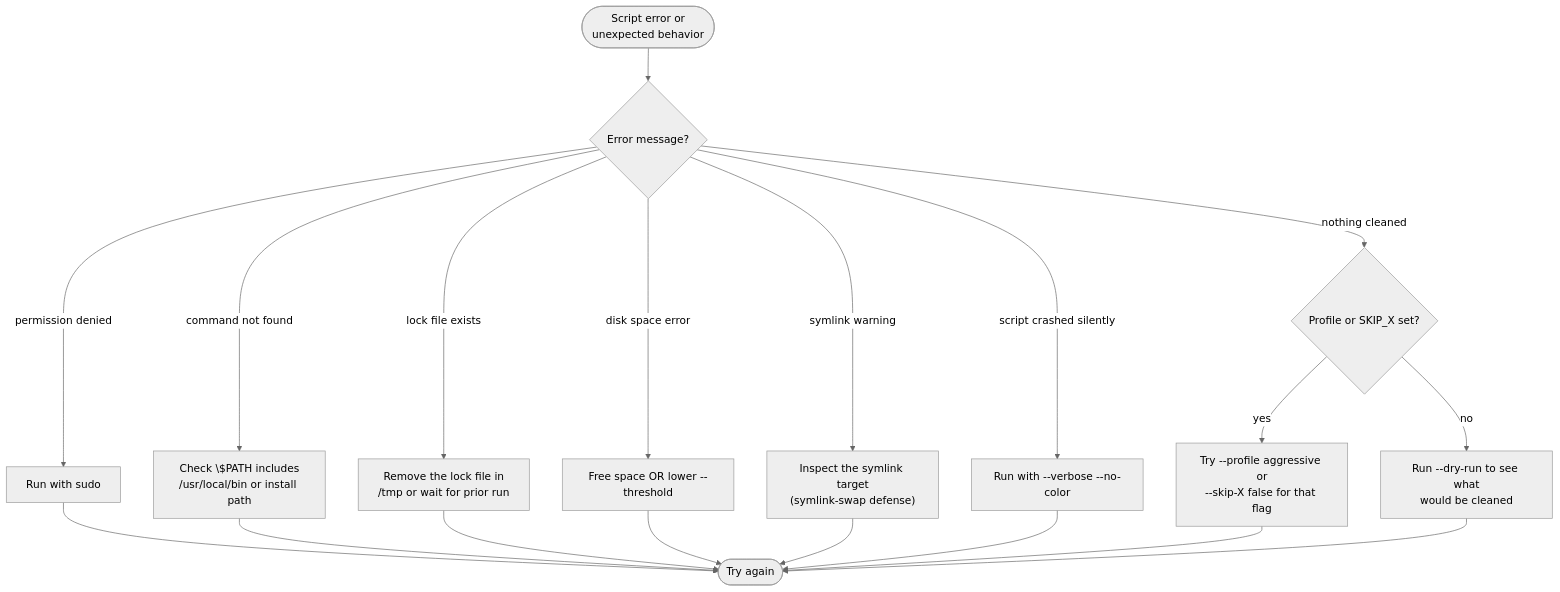
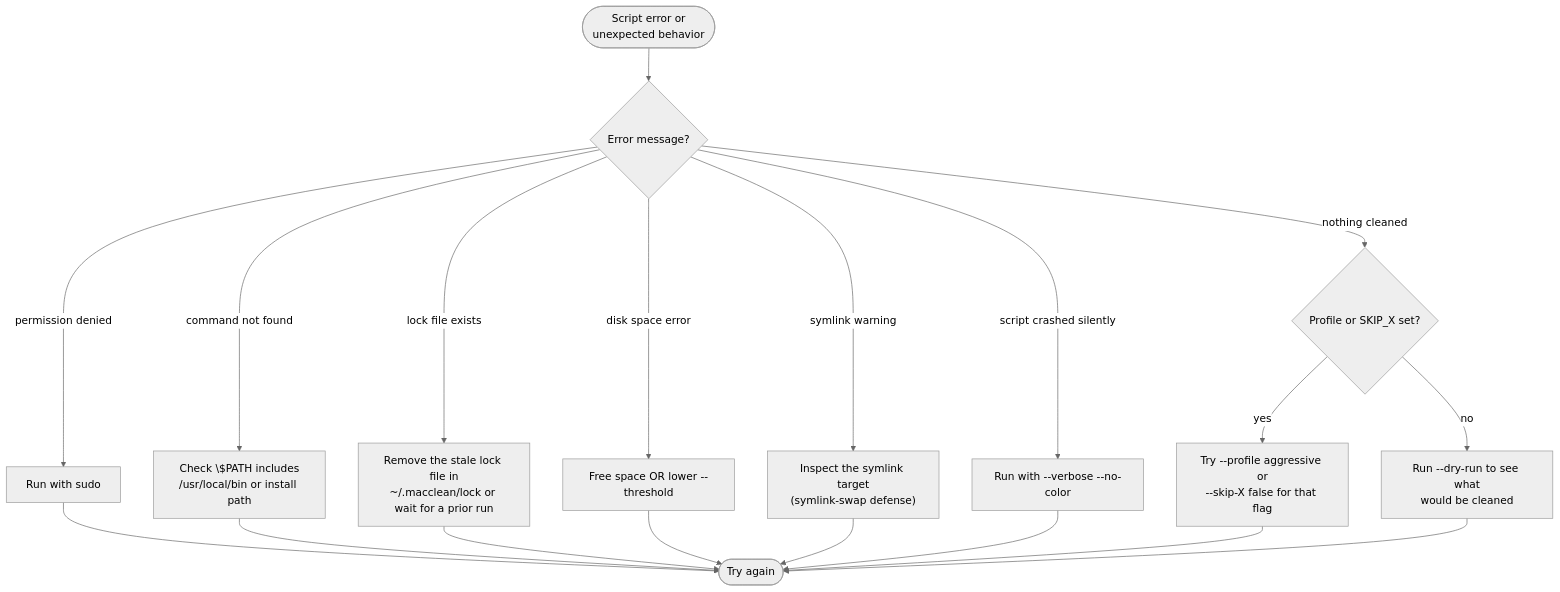
The diagram in docs/how-to/troubleshooting.md (Carme99/MacCleans.sh), drawn with Mermaid (neutral theme) before and after one commit.

Commit message:
docs: correct lock file path in troubleshooting diagram (#100)
LOCKDIR is $USER_HOME/.macclean/lock (since v5.1.7), not /tmp.

````diff
--- a/docs/how-to/troubleshooting.md
+++ b/docs/how-to/troubleshooting.md
@@ -5,21 +5,21 @@
 ```mermaid
 flowchart TD
     Start([Script error or<br/>unexpected behavior]) --> Q1{Error message?}
     Q1 -->|permission denied| P1[Run with sudo]
     Q1 -->|command not found| P2["Check \$PATH includes<br/>/usr/local/bin or install path"]
-    Q1 -->|lock file exists| P3[Remove the lock file in<br/>/tmp or wait for prior run]
+    Q1 -->|lock file exists| P3["Remove the stale lock file in<br/>~/.macclean/lock or wait for a prior run"]
     Q1 -->|disk space error| P4[Free space OR lower --threshold]
     Q1 -->|symlink warning| P5["Inspect the symlink target<br/>(symlink-swap defense)"]
     Q1 -->|script crashed silently| P6[Run with --verbose --no-color]
     Q1 -->|nothing cleaned| P7{Profile or SKIP_X set?}
     P7 -->|yes| P8[Try --profile aggressive or<br/>--skip-X false for that flag]
     P7 -->|no| P9[Run --dry-run to see what<br/>would be cleaned]
     P1 --> Done([Try again])
     P2 --> Done
     P3 --> Done
     P4 --> Done
     P5 --> Done
     P6 --> Done
     P8 --> Done
     P9 --> Done
 ```
````
